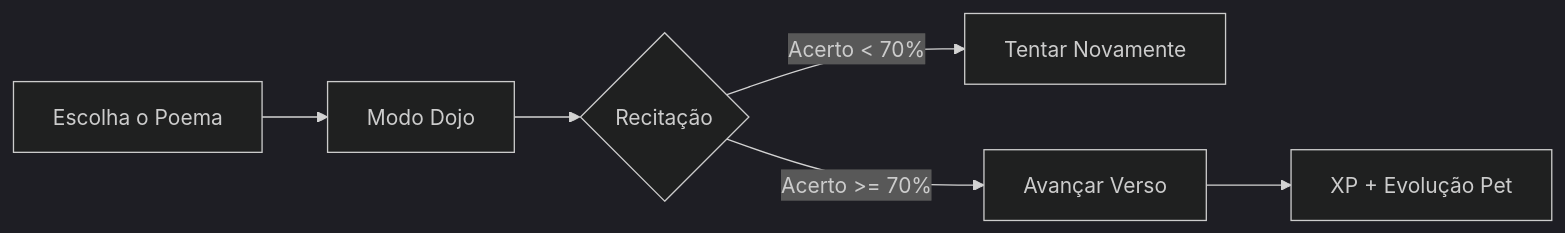
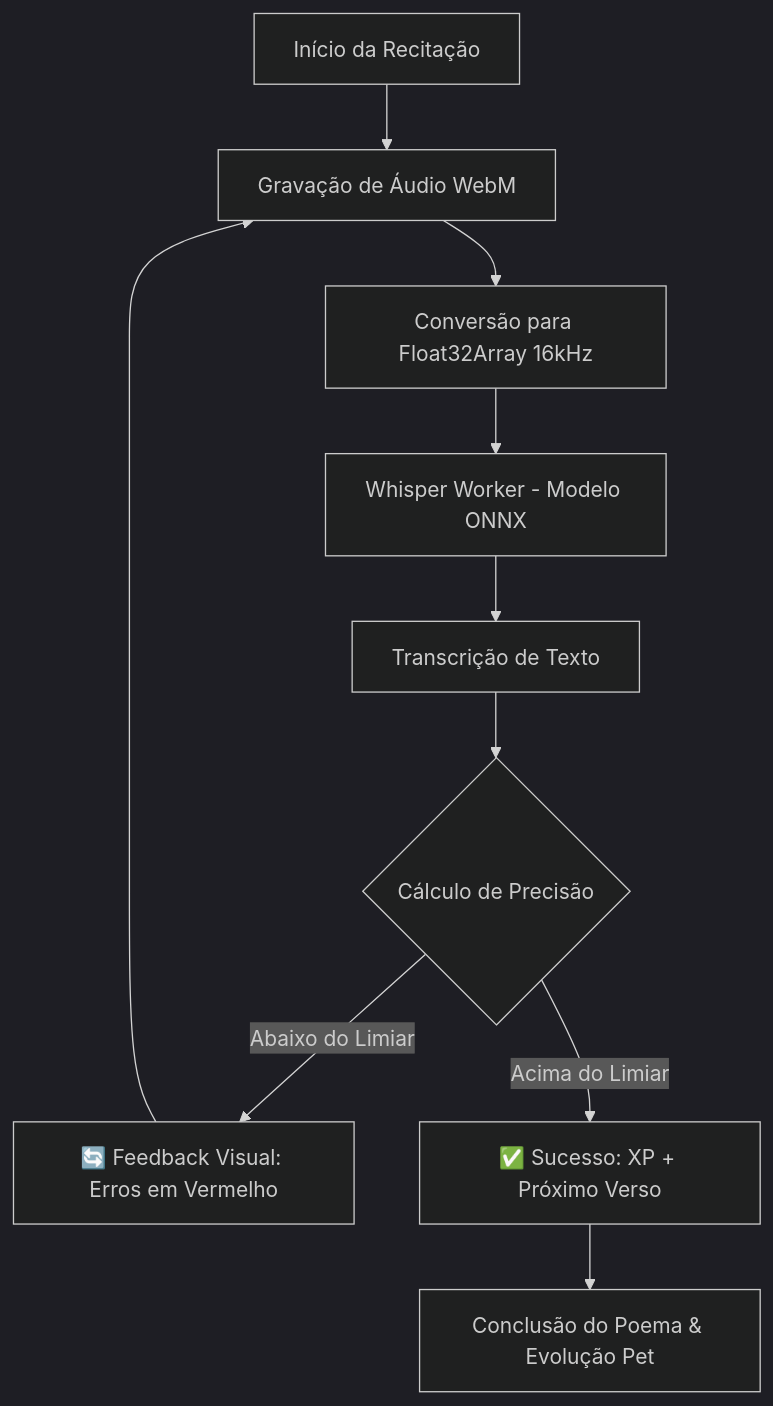
The diagram in README.md (bruno-felipe-conte/nexomente), drawn with Mermaid (dark theme) before and after one commit. The commit also changed other lines of this file, not shown here.

Commit message:
docs: Upgrade épico do README.md para o padrão NexoMente High-Fidelity

````diff
--- a/README.md
+++ b/README.md
@@ -43,8 +43,12 @@
 ```mermaid
-graph LR
-    A[Escolha o Poema] --> B[Modo Dojo]
-    B --> C{Recitação}
-    C -->|Acerto < 70%| D[Tentar Novamente]
-    C -->|Acerto >= 70%| E[Avançar Verso]
-    E --> F[XP + Evolução Pet]
+graph TD
+    A[Início da Recitação] --> B[Gravação de Áudio WebM]
+    B --> C[Conversão para Float32Array 16kHz]
+    C --> D[Whisper Worker - Modelo ONNX]
+    D --> E[Transcrição de Texto]
+    E --> F{Cálculo de Precisão}
+    F -->|Abaixo do Limiar| G[🔄 Feedback Visual: Erros em Vermelho]
+    F -->|Acima do Limiar| H[✅ Sucesso: XP + Próximo Verso]
+    G --> B
+    H --> I[Conclusão do Poema & Evolução Pet]
 ```
````
